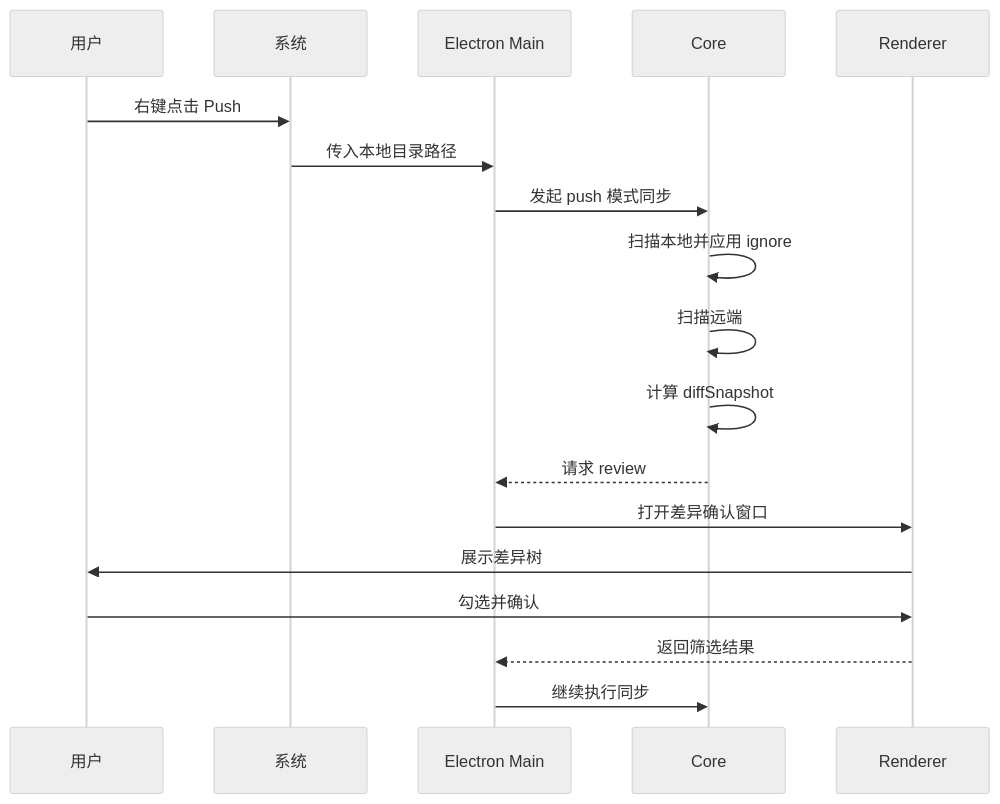
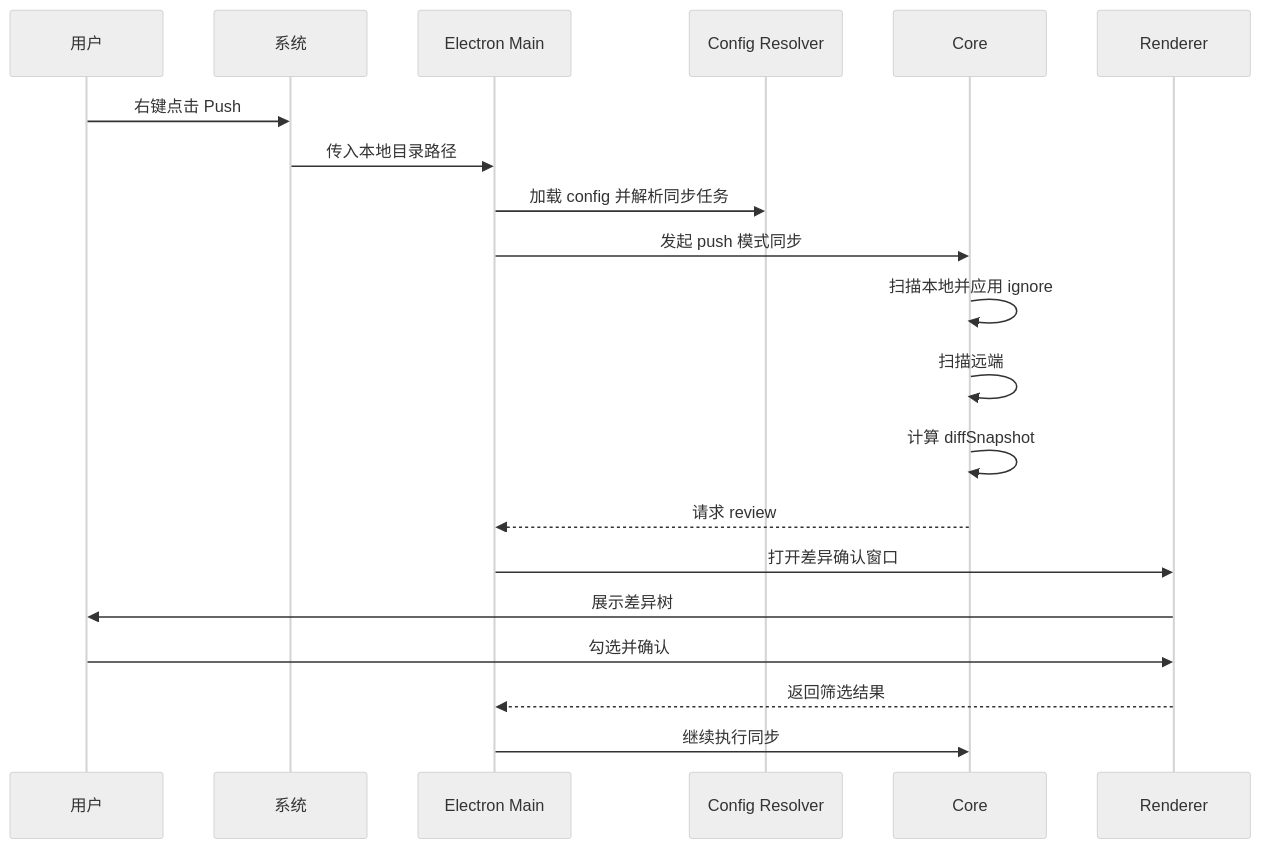
The second of 7 diagrams in docs/Flows.md (agalloch21/sync-with-rclone), drawn with Mermaid (neutral theme) before and after one commit. The commit also changed other lines of this file and 15 other files, not shown here.

````diff
--- a/docs/Flows.md
+++ b/docs/Flows.md
@@ -23,21 +46,23 @@
 ```mermaid
 sequenceDiagram
   participant U as 用户
   participant OS as 系统
   participant M as Electron Main
+  participant G as Config Resolver
   participant C as Core
   participant R as Renderer
 
   U->>OS: 右键点击 Push
   OS->>M: 传入本地目录路径
+  M->>G: 加载 config 并解析同步任务
   M->>C: 发起 push 模式同步
   C->>C: 扫描本地并应用 ignore
   C->>C: 扫描远端
   C->>C: 计算 diffSnapshot
   C-->>M: 请求 review
   M->>R: 打开差异确认窗口
   R->>U: 展示差异树
   U->>R: 勾选并确认
   R-->>M: 返回筛选结果
   M->>C: 继续执行同步
 ```
````
